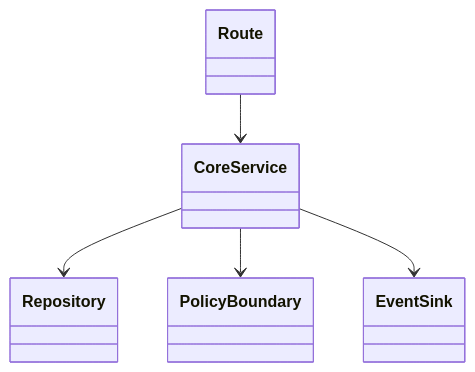
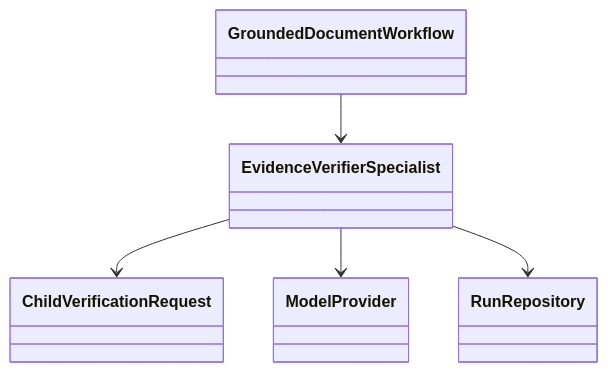
The fourth of 5 diagrams in docs/course/modules/11-bounded-delegation/README.md (levalencia/archon), drawn with Mermaid before and after one commit. The commit also changed other lines of this file and 22 other files, not shown here.

Commit message:
docs: correct advanced course architecture and claims

````diff
--- a/docs/course/modules/11-bounded-delegation/README.md
+++ b/docs/course/modules/11-bounded-delegation/README.md
@@ -111,12 +110,12 @@
 ```mermaid
 classDiagram
-  class Route
-  class CoreService
-  class Repository
-  class PolicyBoundary
-  class EventSink
-  Route --> CoreService
-  CoreService --> Repository
-  CoreService --> PolicyBoundary
-  CoreService --> EventSink
+  class GroundedDocumentWorkflow
+  class EvidenceVerifierSpecialist
+  class ModelProvider
+  class RunRepository
+  class ChildVerificationRequest
+  GroundedDocumentWorkflow --> EvidenceVerifierSpecialist
+  EvidenceVerifierSpecialist --> ChildVerificationRequest
+  EvidenceVerifierSpecialist --> ModelProvider
+  EvidenceVerifierSpecialist --> RunRepository
 ```
````
